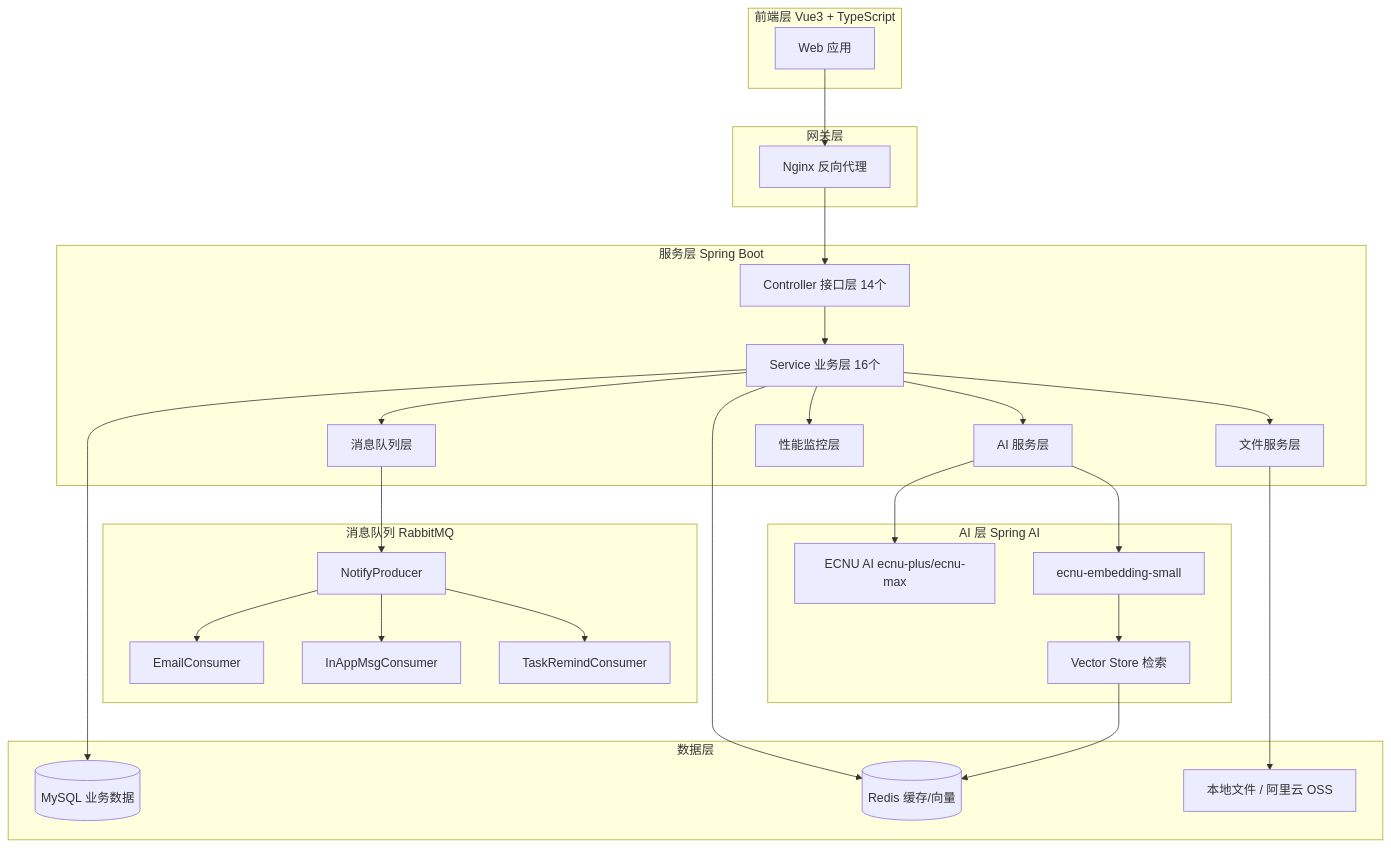
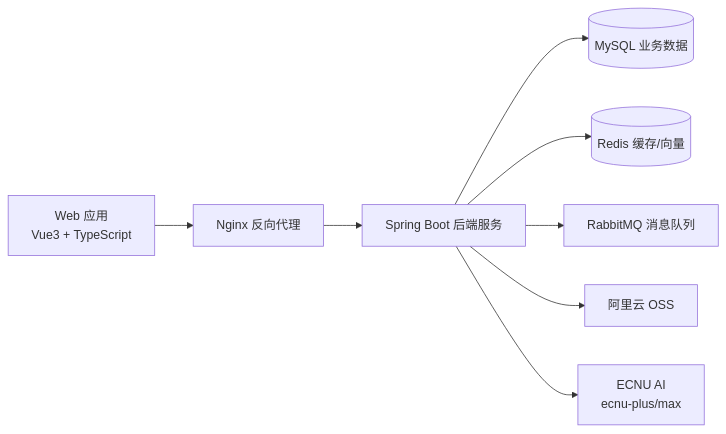
The first of 4 diagrams in README.md (Redmoon-2333/HumanResourceOfficial), drawn with Mermaid before and after one commit. The commit also changed other lines of this file, not shown here.

Commit message:
docs: 修复README邮箱配置并简化Mermaid架构图
- 将smtp.qq.com修正为smtp.163.com（环境变量表格和YAML示例）

- 简化系统架构图，移除多层嵌套subgraph以兼容GitHub渲染

````diff
--- a/README.md
+++ b/README.md
@@ -83,57 +83,10 @@
 ```mermaid
-graph TB
-    subgraph 前端层["前端层 Vue3 + TypeScript"]
-        A[Web 应用]
-    end
-
-    subgraph 网关层["网关层"]
-        B[Nginx 反向代理]
-    end
-
-    subgraph 服务层["服务层 Spring Boot"]
-        C[Controller 接口层 14个]
-        D[Service 业务层 16个]
-        E[AI 服务层]
-        F[文件服务层]
-        G[消息队列层]
-        H[性能监控层]
-    end
-
-    subgraph 数据层["数据层"]
-        I[(MySQL 业务数据)]
-        J[(Redis 缓存/向量)]
-        K[本地文件 / 阿里云 OSS]
-    end
-
-    subgraph MQ层["消息队列 RabbitMQ"]
-        L[NotifyProducer]
-        M[EmailConsumer]
-        N[InAppMsgConsumer]
-        O[TaskRemindConsumer]
-    end
-
-    subgraph AI 层["AI 层 Spring AI"]
-        P[ECNU AI ecnu-plus/ecnu-max]
-        Q[ecnu-embedding-small]
-        R[Vector Store 检索]
-    end
-
-    A --> B
-    B --> C
-    C --> D
-    D --> E
-    D --> F
-    D --> G
-    D --> H
-    D --> I
-    D --> J
-    F --> K
-    G --> L
-    L --> M
-    L --> N
-    L --> O
-    E --> P
-    E --> Q
-    Q --> R
-    R --> J
+graph LR
+    A[Web 应用<br/>Vue3 + TypeScript] --> B[Nginx 反向代理]
+    B --> C[Spring Boot 后端服务]
+    C --> D[(MySQL 业务数据)]
+    C --> E[(Redis 缓存/向量)]
+    C --> F[RabbitMQ 消息队列]
+    C --> G[阿里云 OSS]
+    C --> H[ECNU AI<br/>ecnu-plus/max]
 ```
````
